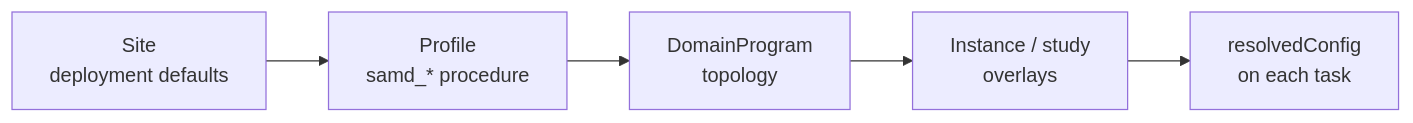
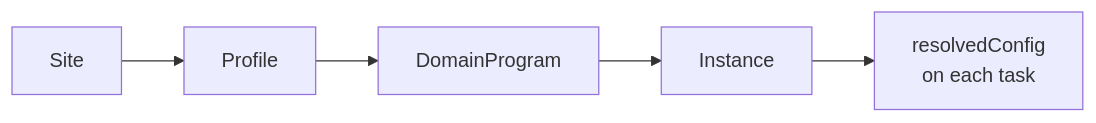
The fifth of 12 diagrams in docs/presentations/regulatory-ready-platform-multiomics.md (Goliath-Research/GoliathWorkflow), drawn with Mermaid before and after one commit. The commit also changed other lines of this file and 2 other files, not shown here.

````diff
--- a/docs/presentations/regulatory-ready-platform-multiomics.md
+++ b/docs/presentations/regulatory-ready-platform-multiomics.md
@@ -175,7 +205,7 @@
 ```mermaid
 flowchart LR
-  SITE["Site<br/>deployment defaults"] --> PROF["Profile<br/>samd_* procedure"]
-  PROF --> PROG["DomainProgram<br/>topology"]
-  PROG --> INST["Instance / study<br/>overlays"]
+  SITE["Site"] --> PROF["Profile"]
+  PROF --> PROG["DomainProgram"]
+  PROG --> INST["Instance"]
   INST --> RES["resolvedConfig<br/>on each task"]
 ```
````
